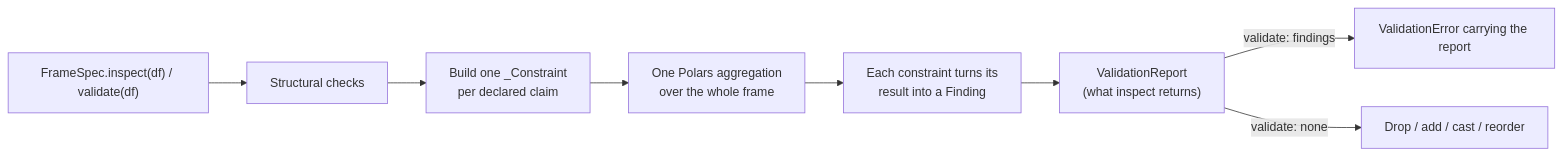
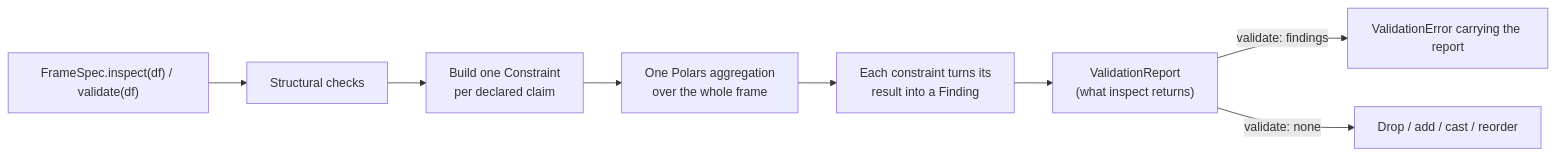
Before and after one commit to MaxwellB13/polspec: the second of 2 diagrams in docs/explanation/architecture.md, drawn with Mermaid. The commit also changed other lines of this file and 76 other files, not shown here.

````diff
--- a/docs/explanation/architecture.md
+++ b/docs/explanation/architecture.md
@@ -100,10 +106,10 @@
 ```mermaid
 flowchart LR
     A["FrameSpec.inspect(df) / validate(df)"] --> B[Structural checks]
-    B --> C["Build one _Constraint<br/>per declared claim"]
+    B --> C["Build one Constraint<br/>per declared claim"]
     C --> D["One Polars aggregation<br/>over the whole frame"]
     D --> E["Each constraint turns its<br/>result into a Finding"]
     E --> F["ValidationReport<br/>(what inspect returns)"]
     F -->|validate: findings| G[ValidationError carrying the report]
     F -->|validate: none| H["Drop / add / cast / reorder"]
 ```
````
